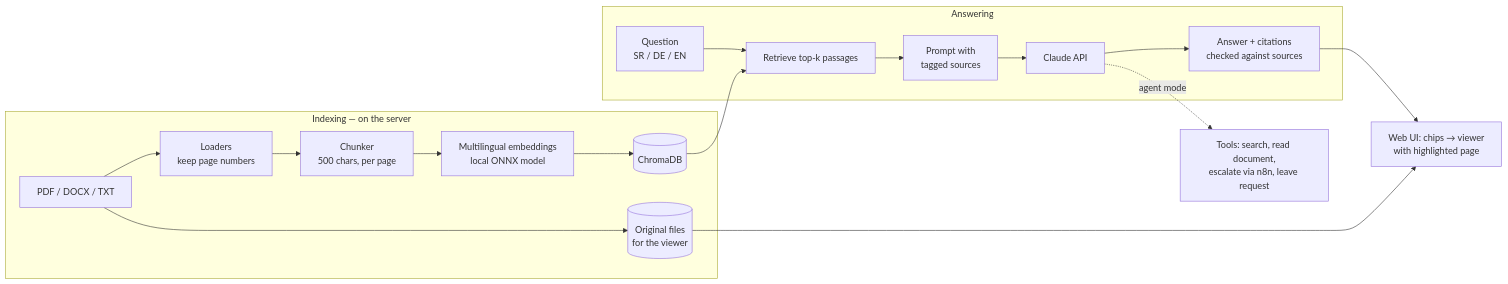
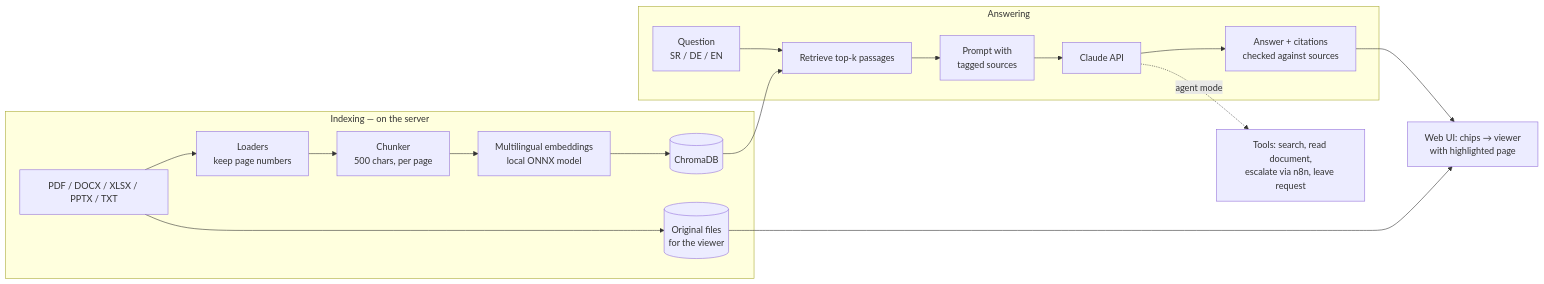
One commit to Strvina/doc-assistant changed the diagram in README.md. Above: the diagram before and after it, drawn with Mermaid. The commit also changed other lines of this file and 30 other files, not shown here.

````diff
--- a/README.md
+++ b/README.md
@@ -34,16 +34,16 @@
 ```mermaid
 flowchart LR
     subgraph ingest[Indexing — on the server]
-        F[PDF / DOCX / TXT] --> L[Loaders<br/>keep page numbers] --> C[Chunker<br/>500 chars, per page]
+        F[PDF / DOCX / XLSX / PPTX / TXT] --> L[Loaders<br/>keep page numbers] --> C[Chunker<br/>500 chars, per page]
         C --> E[Multilingual embeddings<br/>local ONNX model] --> V[(ChromaDB)]
         F --> O[(Original files<br/>for the viewer)]
     end
     subgraph ask[Answering]
         Q[Question<br/>SR / DE / EN] --> R[Retrieve top-k passages] --> P[Prompt with<br/>tagged sources] --> M[Claude API]
         M --> A[Answer + citations<br/>checked against sources]
     end
     V --> R
     A --> W[Web UI: chips → viewer<br/>with highlighted page]
     O --> W
     M -. agent mode .-> T[Tools: search, read document,<br/>escalate via n8n, leave request]
 ```
````
